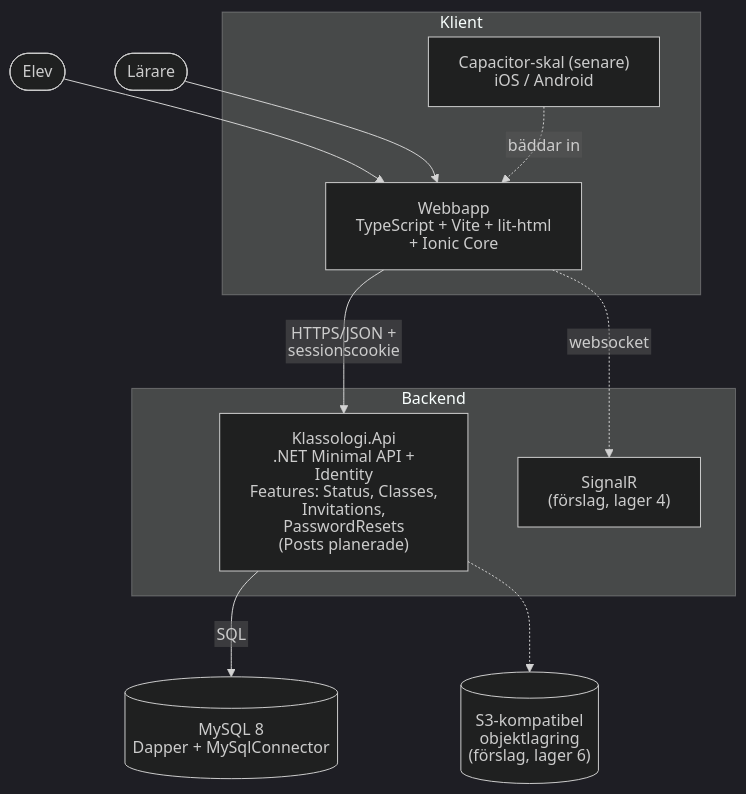
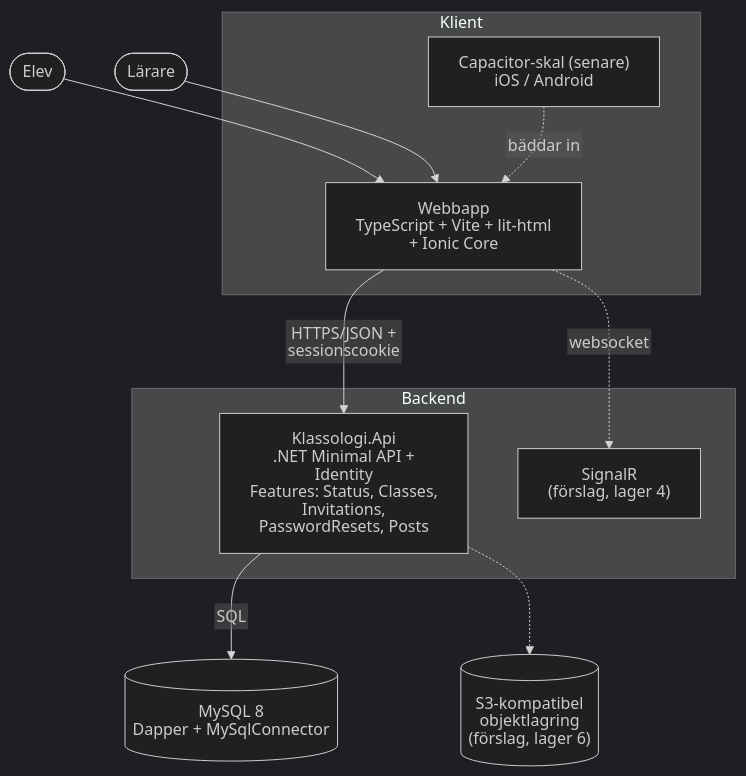
One commit to WeeHorse/Klassologi changed the second of 3 diagrams in Specifications/Architecture.md. Above: the diagram before and after it, drawn with Mermaid (dark theme). The commit also changed 19 other files, not shown here.

````diff
--- a/Specifications/Architecture.md
+++ b/Specifications/Architecture.md
@@ -36,27 +36,27 @@
 ```mermaid
 %%{init: {"htmlLabels": false, "flowchart": {"htmlLabels": false}}}%%
 flowchart TB
     elev([Elev])
     larare([Lärare])
 
     subgraph klient[Klient]
         web["Webbapp<br/>TypeScript + Vite + lit-html<br/>+ Ionic Core"]
         cap["Capacitor-skal (senare)<br/>iOS / Android"]
     end
 
     subgraph backend[Backend]
-        api["Klassologi.Api<br/>.NET Minimal API + Identity<br/>Features: Status, Classes,<br/>Invitations, PasswordResets<br/>(Posts planerade)"]
+        api["Klassologi.Api<br/>.NET Minimal API + Identity<br/>Features: Status, Classes,<br/>Invitations, PasswordResets, Posts"]
         rt["SignalR<br/>(förslag, lager 4)"]
     end
 
     db[("MySQL 8<br/>Dapper + MySqlConnector")]
     s3[("S3-kompatibel objektlagring<br/>(förslag, lager 6)")]
 
     elev --> web
     larare --> web
     cap -. bäddar in .-> web
     web -- HTTPS/JSON + sessionscookie --> api
     web -. websocket .-> rt
     api -- SQL --> db
     api -.-> s3
 ```
````
